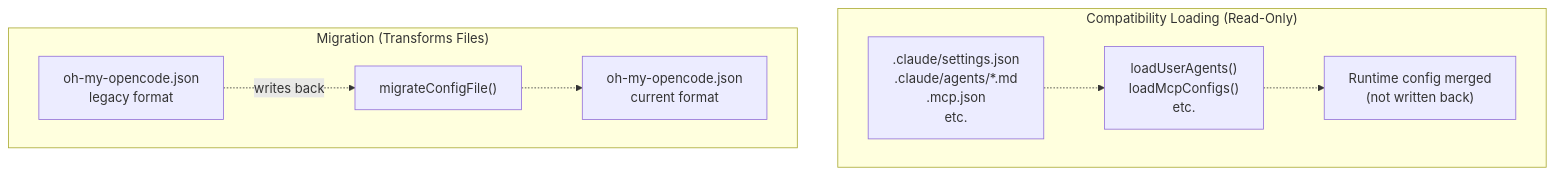
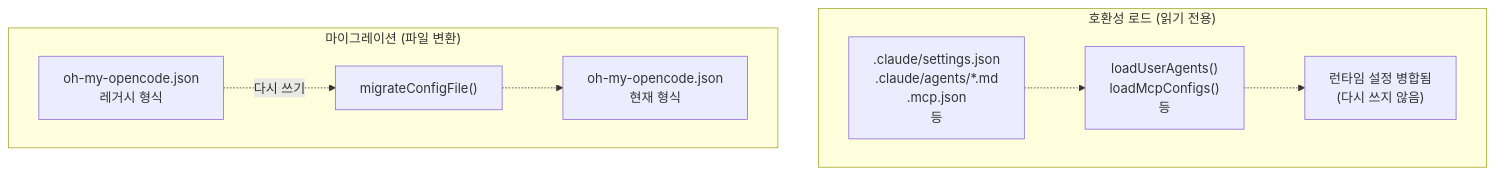
Before and after one commit to felipetruman/oh-my-opencode-docs: the fourth of 4 diagrams in docs/compatibility/configuration-migration.md, drawn with Mermaid. The commit also changed other lines of this file and 76 other files, not shown here.

````diff
--- a/docs/compatibility/configuration-migration.md
+++ b/docs/compatibility/configuration-migration.md
@@ -343,26 +343,26 @@
 ```mermaid
 flowchart TD
 
-C1[".claude/settings.json<br>.claude/agents/*.md<br>.mcp.json<br>etc."]
-C2["loadUserAgents()<br>loadMcpConfigs()<br>etc."]
-C3["Runtime config merged<br>(not written back)"]
-M1["oh-my-opencode.json<br>legacy format"]
+C1[".claude/settings.json<br>.claude/agents/*.md<br>.mcp.json<br>등"]
+C2["loadUserAgents()<br>loadMcpConfigs()<br>등"]
+C3["런타임 설정 병합됨<br>(다시 쓰지 않음)"]
+M1["oh-my-opencode.json<br>레거시 형식"]
 M2["migrateConfigFile()"]
-M3["oh-my-opencode.json<br>current format"]
+M3["oh-my-opencode.json<br>현재 형식"]
 
-subgraph subGraph1 ["Compatibility Loading (Read-Only)"]
+subgraph subGraph1 ["호환성 로드 (읽기 전용)"]
     C1
     C2
     C3
     C1 -.-> C2
     C2 -.-> C3
 end
 
-subgraph subGraph0 ["Migration (Transforms Files)"]
+subgraph subGraph0 ["마이그레이션 (파일 변환)"]
     M1
     M2
     M3
-    M1 -.->|"writes back"| M2
+    M1 -.->|"다시 쓰기"| M2
     M2 -.-> M3
 end
 ```
````
